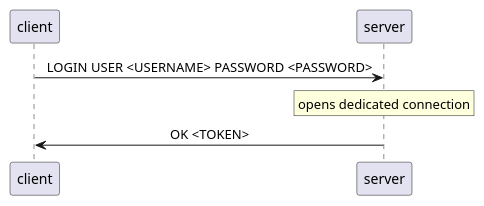
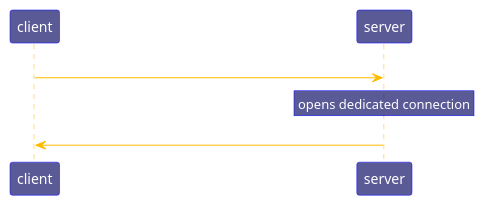
Before and after one commit to PomatoCoCEO/UcDrive: the diagram in arch/login.puml, drawn with PlantUML. The commit also changed 8 other files, not shown here.

```diff
--- a/arch/login.puml
+++ b/arch/login.puml
@@ -1,11 +1,20 @@
 @startuml login
+skinparam DefaultTextAlignment CENTER
+skinparam DefaultFontColor #ffffff
+skinparam ArrowColor #ffbb00
 skinparam sequenceMessageAlign CENTER
 skinparam NoteTextAlignment CENTER
+skinparam NoteBackgroundColor #060662a8
+skinparam NoteBorderColor #0000ff
+skinparam ParticipantBackgroundColor #060662a8
+skinparam ParticipantBorderColor #0000ff
+skinparam PathHoverColor #ffbb00
+skinparam SequenceLifeLineBorderColor #ffbb00
 'skinparam ParticipantBackgroundColor #00ffff
 'skinparam ParticipantBorderColor #0000ff these are comments, started with '
 client -> server : LOGIN USER <USERNAME> PASSWORD <PASSWORD>
 rnote over server
 opens dedicated connection
 end note
 server -> client: OK <TOKEN>
 @enduml
```
